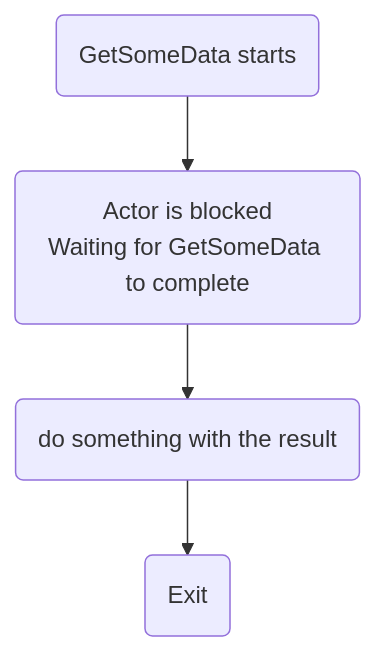
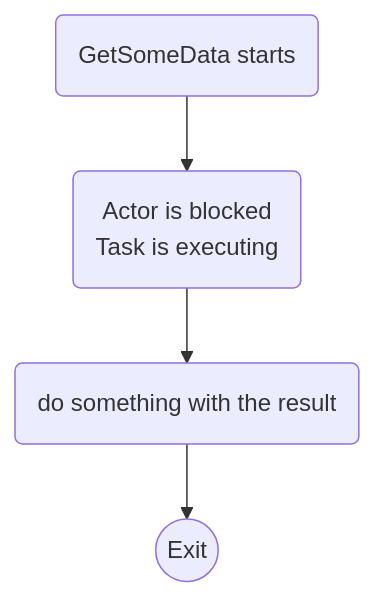
Before and after one commit to asynkron/protoactor-website: the first of 2 diagrams in hugo/content/docs/reenter.md, drawn with Mermaid. The commit also changed other lines of this file, not shown here.

````diff
--- a/hugo/content/docs/reenter.md
+++ b/hugo/content/docs/reenter.md
@@ -34,12 +36,12 @@
 ```mermaid
     graph TB
     start(GetSomeData starts)
-    blocked(Actor is blocked<br>Waiting for GetSomeData to complete)
+    blocked(Actor is blocked<br>Task is executing)
     class blocked red
     rest(do something with the result)
-    exit(Exit)
-
+    exit((Exit))
+    class exit gray
 
 start --> blocked --> rest --> exit
 
 ```
````
